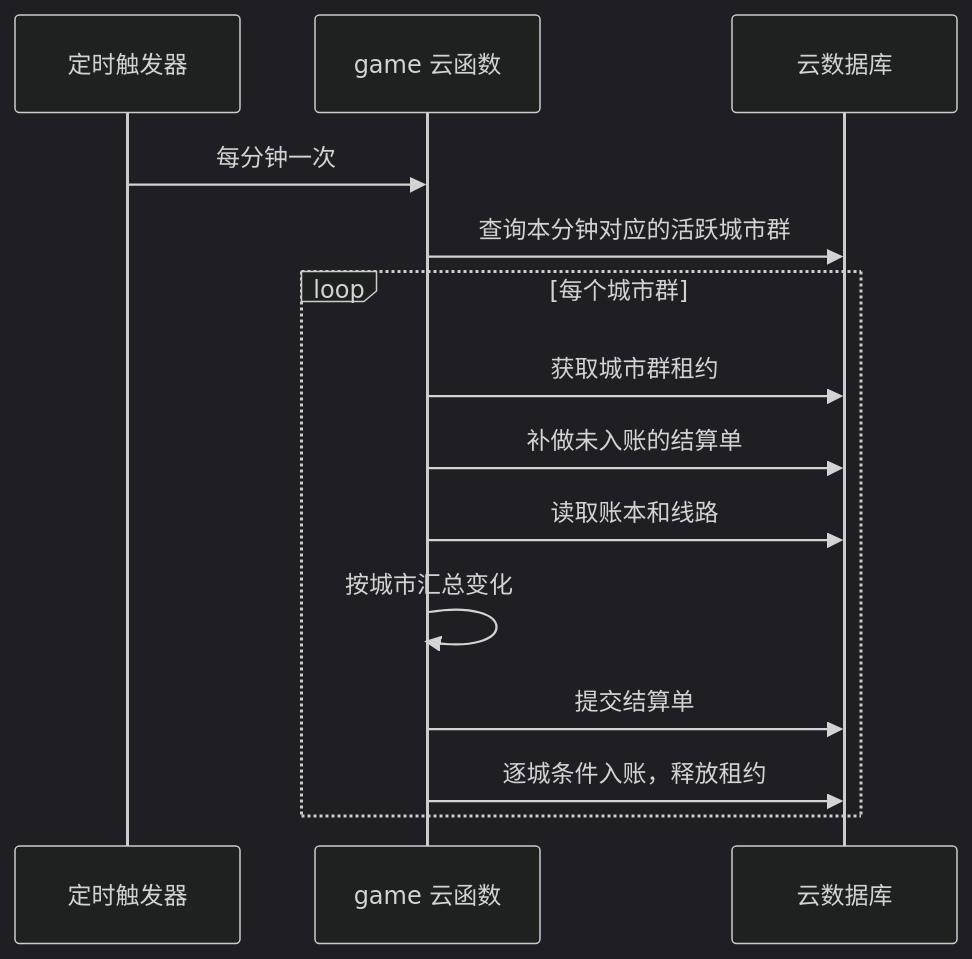
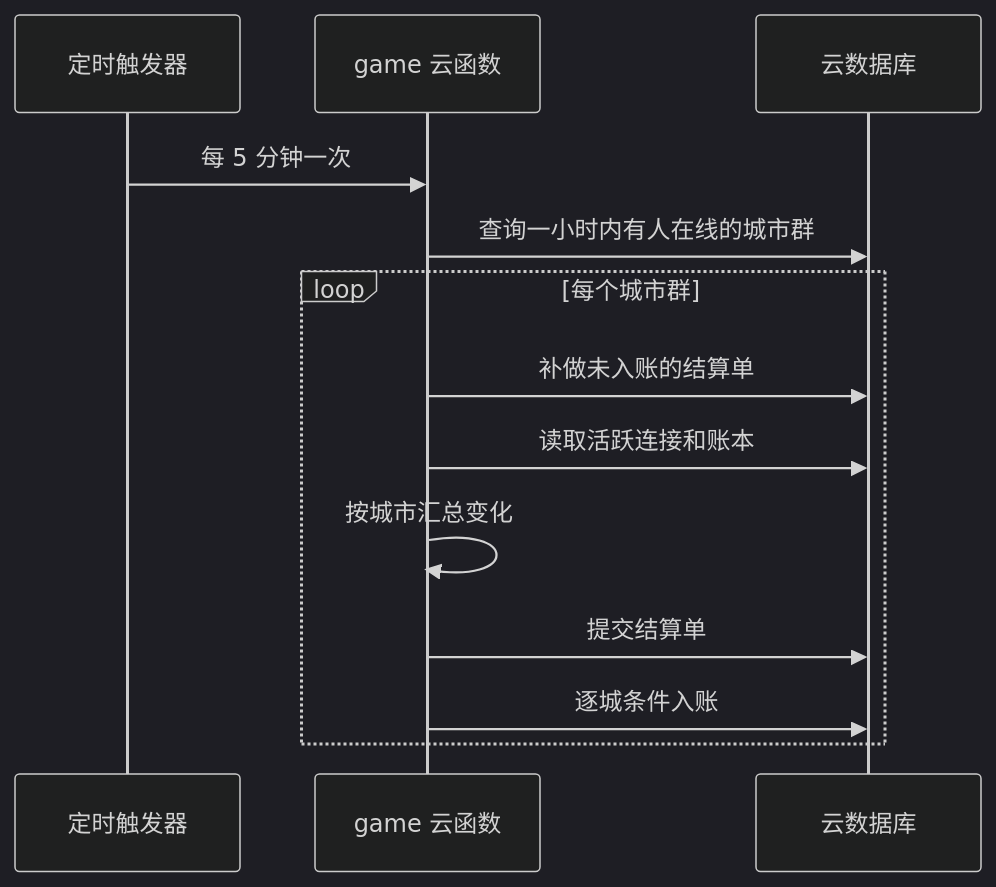
Before and after one commit to juanchaopan/city-link: the fifth of 6 diagrams in docs/architecture/overview.md, drawn with Mermaid (dark theme). The commit also changed other lines of this file and 17 other files, not shown here.

Commit message:
docs(architecture): 落实三项探针结论并接受河网方案

````diff
--- a/docs/architecture/overview.md
+++ b/docs/architecture/overview.md
@@ -135,16 +133,15 @@
 ```mermaid
 sequenceDiagram
   participant T as 定时触发器
   participant G as game 云函数
   participant D as 云数据库
-  T->>G: 每分钟一次
-  G->>D: 查询本分钟对应的活跃城市群
+  T->>G: 每 5 分钟一次
+  G->>D: 查询一小时内有人在线的城市群
   loop 每个城市群
-    G->>D: 获取城市群租约
     G->>D: 补做未入账的结算单
-    G->>D: 读取账本和线路
+    G->>D: 读取活跃连接和账本
     G->>G: 按城市汇总变化
     G->>D: 提交结算单
-    G->>D: 逐城条件入账，释放租约
+    G->>D: 逐城条件入账
   end
 ```
````
